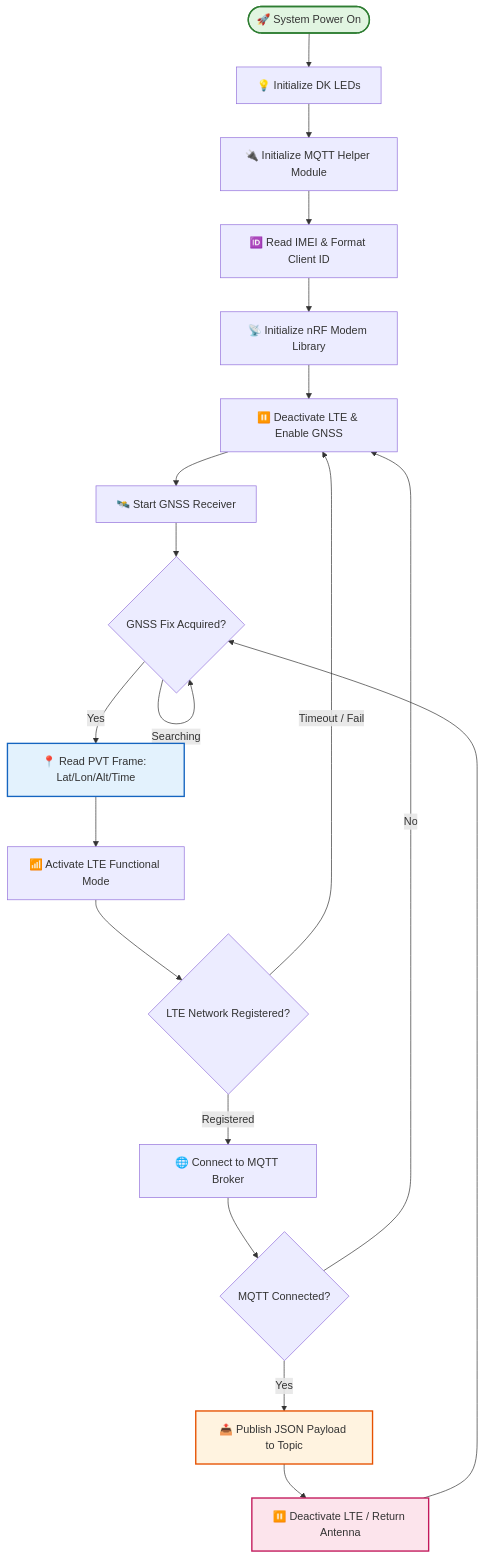
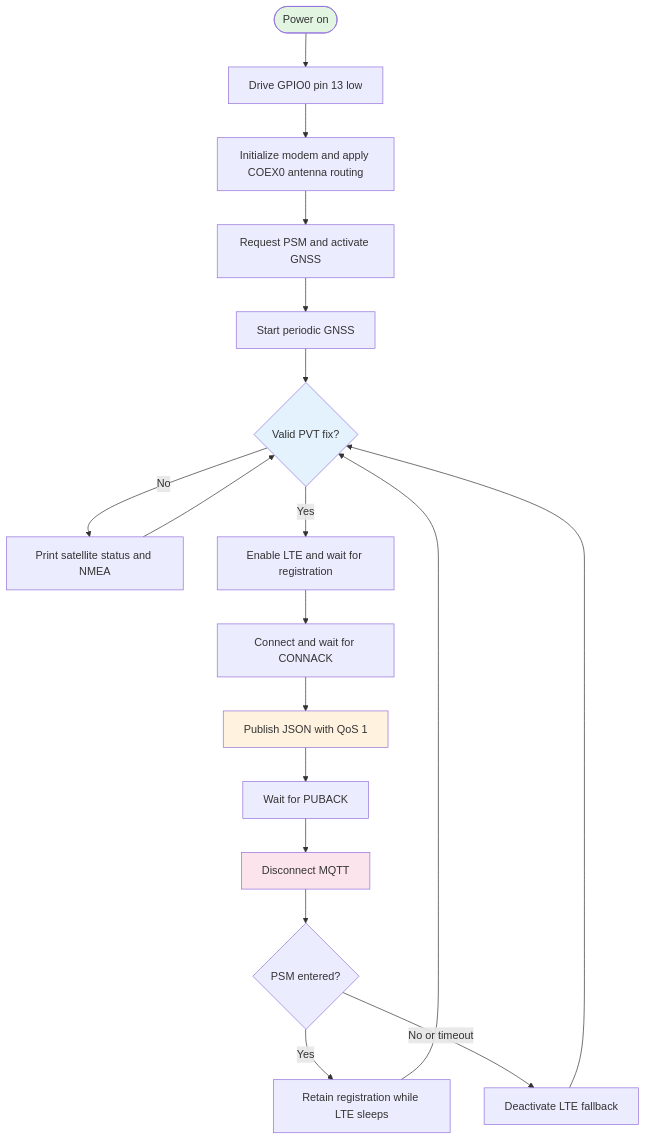
Before and after one commit to Faiisu/WildLifeTracking-NBIOT: the diagram in myprojects/gps_mqtt_tracker/README.md, drawn with Mermaid. The commit also changed other lines of this file and 18 other files, not shown here.

Commit message:
feat(tracker): add PSM low-power cycle

````diff
--- a/myprojects/gps_mqtt_tracker/README.md
+++ b/myprojects/gps_mqtt_tracker/README.md
@@ -22,32 +60,25 @@
 ```mermaid
-graph TB
-    Start([🚀 System Power On]) --> InitLEDs[💡 Initialize DK LEDs]
-    InitLEDs --> InitMqtt[🔌 Initialize MQTT Helper Module]
-    InitMqtt --> GetIMEI[🆔 Read IMEI & Format Client ID]
-    GetIMEI --> InitModem[📡 Initialize nRF Modem Library]
-    InitModem --> DeactivateLTE[⏸️ Deactivate LTE & Enable GNSS]
-    DeactivateLTE --> StartGNSS[🛰️ Start GNSS Receiver]
-    
-    StartGNSS --> WaitFix{GNSS Fix Acquired?}
-    
-    WaitFix -->|Searching| WaitFix
-    WaitFix -->|Yes| ReadPVT[📍 Read PVT Frame: Lat/Lon/Alt/Time]
-    
-    ReadPVT --> ActivateLTE[📶 Activate LTE Functional Mode]
-    ActivateLTE --> WaitLTE{LTE Network Registered?}
-    
-    WaitLTE -->|Timeout / Fail| DeactivateLTE
-    WaitLTE -->|Registered| ConnectMQTT[🌐 Connect to MQTT Broker]
-    
-    ConnectMQTT --> WaitConn{MQTT Connected?}
-    WaitConn -->|Yes| PublishJSON[📤 Publish JSON Payload to Topic]
-    WaitConn -->|No| DeactivateLTE
-    
-    PublishJSON --> DisconnectLTE[⏸️ Deactivate LTE / Return Antenna]
-    DisconnectLTE --> WaitFix
+flowchart TD
+    Boot([Power on]) --> Pin[Drive GPIO0 pin 13 low]
+    Pin --> Modem[Initialize modem and apply COEX0 antenna routing]
+    Modem --> GPSMode[Request PSM and activate GNSS]
+    GPSMode --> StartGPS[Start periodic GNSS]
+    StartGPS --> PVT{Valid PVT fix?}
+    PVT -->|No| Status[Print satellite status and NMEA]
+    Status --> PVT
+    PVT -->|Yes| LTE[Enable LTE and wait for registration]
+    LTE --> MQTT[Connect and wait for CONNACK]
+    MQTT --> Publish[Publish JSON with QoS 1]
+    Publish --> Ack[Wait for PUBACK]
+    Ack --> Close[Disconnect MQTT]
+    Close --> PSM{PSM entered?}
+    PSM -->|Yes| Sleep[Retain registration while LTE sleeps]
+    PSM -->|No or timeout| Fallback[Deactivate LTE fallback]
+    Sleep --> PVT
+    Fallback --> PVT
 
-    style Start fill:#e1f5e1,stroke:#2e7d32,stroke-width:2px
-    style ReadPVT fill:#e3f2fd,stroke:#1565c0,stroke-width:2px
-    style PublishJSON fill:#fff3e0,stroke:#e65100,stroke-width:2px
-    style DisconnectLTE fill:#fce4ec,stroke:#c2185b,stroke-width:2px
+    style Boot fill:#e1f5e1
+    style PVT fill:#e3f2fd
+    style Publish fill:#fff3e0
+    style Close fill:#fce4ec
 ```
````
